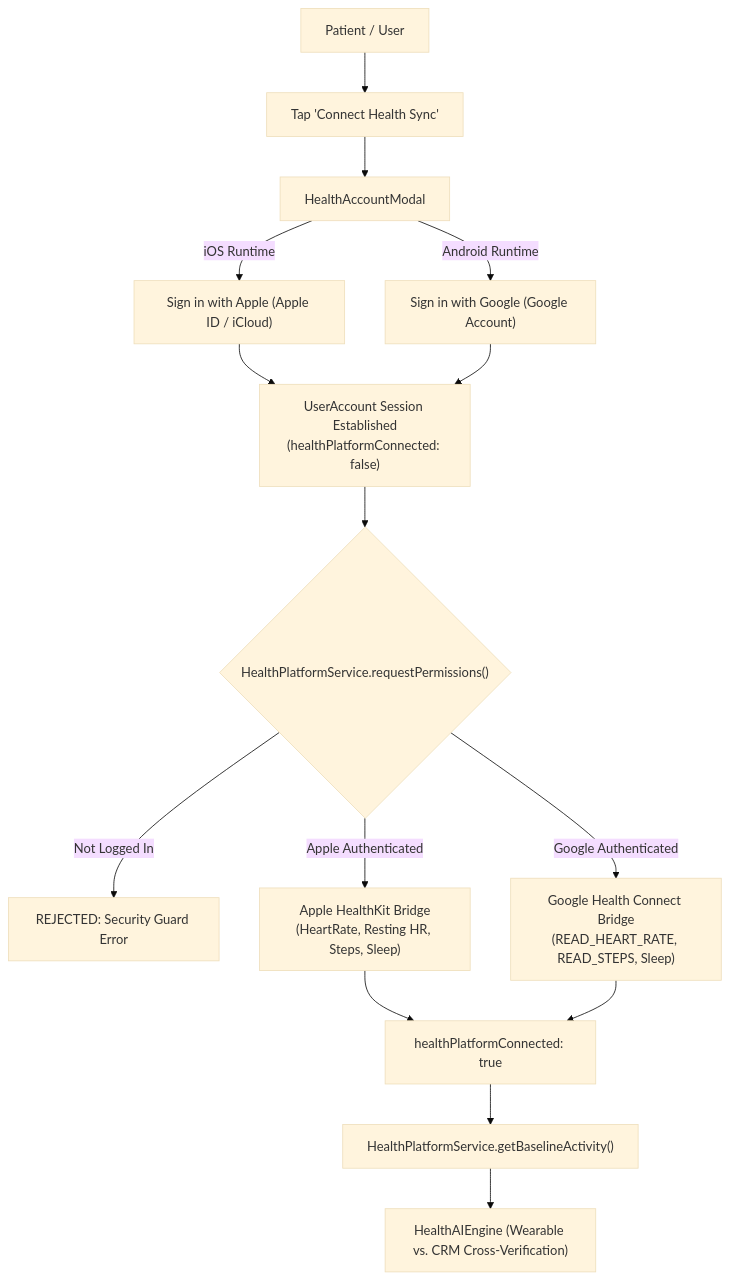
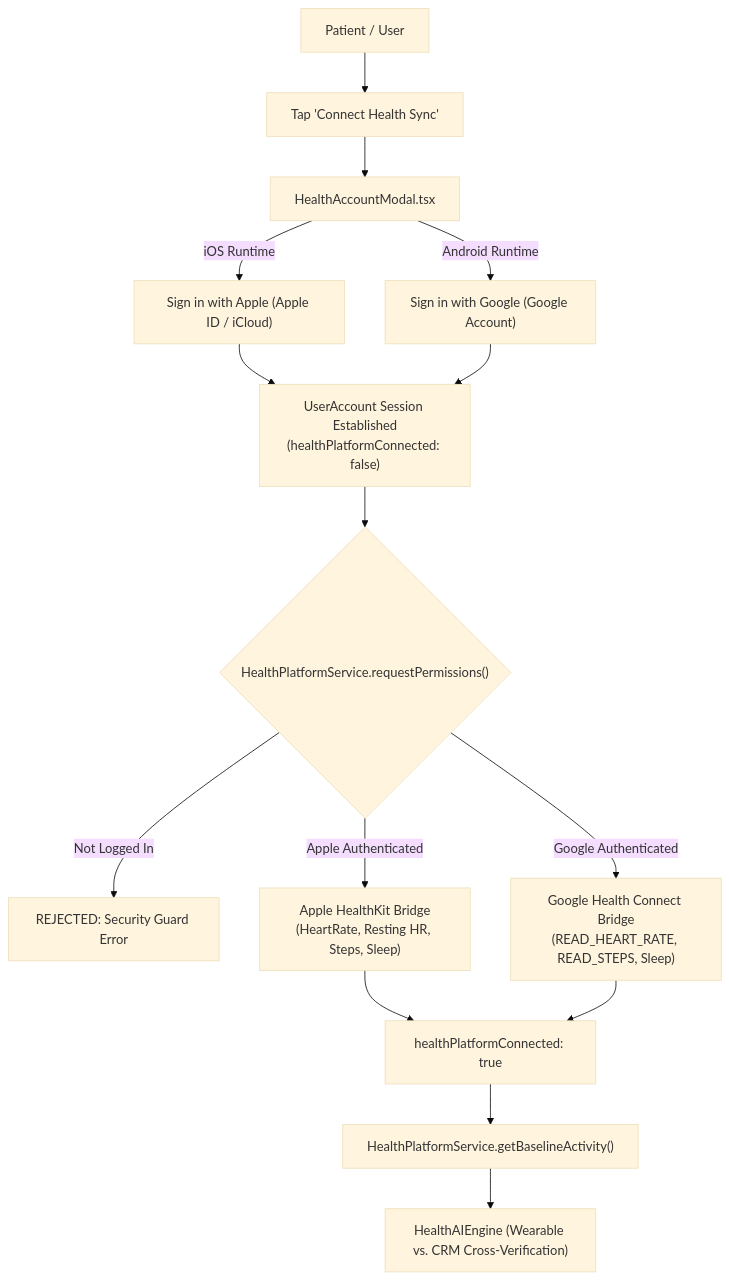
One commit to hoomanp/aura-ai-coach changed the diagram in README.md. Above: the diagram before and after it, drawn with Mermaid (base theme). The commit also changed other lines of this file, not shown here.

````diff
--- a/README.md
+++ b/README.md
@@ -85,22 +138,22 @@
 ```mermaid
 flowchart TD
     User["Patient / User"] --> Trigger["Tap 'Connect Health Sync'"]
-    Trigger --> Modal["HealthAccountModal"]
+    Trigger --> Modal["HealthAccountModal.tsx"]
     
     Modal -->|iOS Runtime| Apple["Sign in with Apple (Apple ID / iCloud)"]
     Modal -->|Android Runtime| Google["Sign in with Google (Google Account)"]
     
     Apple --> AuthSession["UserAccount Session Established\n(healthPlatformConnected: false)"]
     Google --> AuthSession
     
     AuthSession --> PermGate{"HealthPlatformService.requestPermissions()"}
     PermGate -->|Not Logged In| Block["REJECTED: Security Guard Error"]
     PermGate -->|Apple Authenticated| HK["Apple HealthKit Bridge\n(HeartRate, Resting HR, Steps, Sleep)"]
     PermGate -->|Google Authenticated| HC["Google Health Connect Bridge\n(READ_HEART_RATE, READ_STEPS, Sleep)"]
     
     HK --> Synced["healthPlatformConnected: true"]
     HC --> Synced
     
     Synced --> Baseline["HealthPlatformService.getBaselineActivity()"]
     Baseline --> AI["HealthAIEngine (Wearable vs. CRM Cross-Verification)"]
 ```
````
